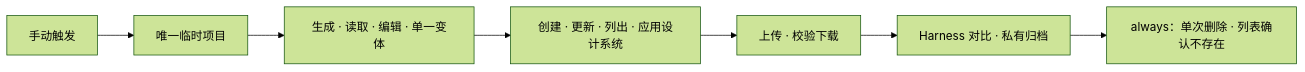
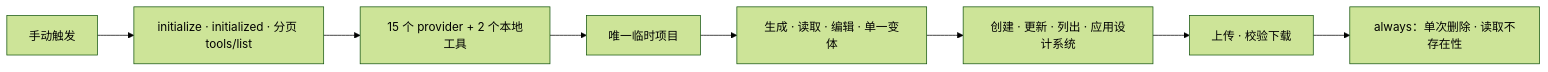
The diagram in docs/live-canary-acceptance.zh_CN.md (full-stack-plugins/stitch-design-plugin), drawn with Mermaid (forest theme) before and after one commit. The commit also changed other lines of this file and 13 other files, not shown here.

````diff
--- a/docs/live-canary-acceptance.zh_CN.md
+++ b/docs/live-canary-acceptance.zh_CN.md
@@ -17,9 +19,10 @@
 ```mermaid
 flowchart LR
-    Dispatch["手动触发"] --> Create["唯一临时项目"]
-    Create --> Screen["生成 · 读取 · 编辑 · 单一变体"]
+    Dispatch["手动触发"] --> Protocol["initialize · initialized · 分页 tools/list"]
+    Protocol --> Catalog["15 个 provider + 2 个本地工具"]
+    Catalog --> Project["唯一临时项目"]
+    Project --> Screen["生成 · 读取 · 编辑 · 单一变体"]
     Screen --> System["创建 · 更新 · 列出 · 应用设计系统"]
     System --> Assets["上传 · 校验下载"]
-    Assets --> Harness["Harness 对比 · 私有归档"]
-    Harness --> Cleanup["always：单次删除 · 列表确认不存在"]
+    Assets --> Cleanup["always：单次删除 · 读取不存在性"]
 ```
````
